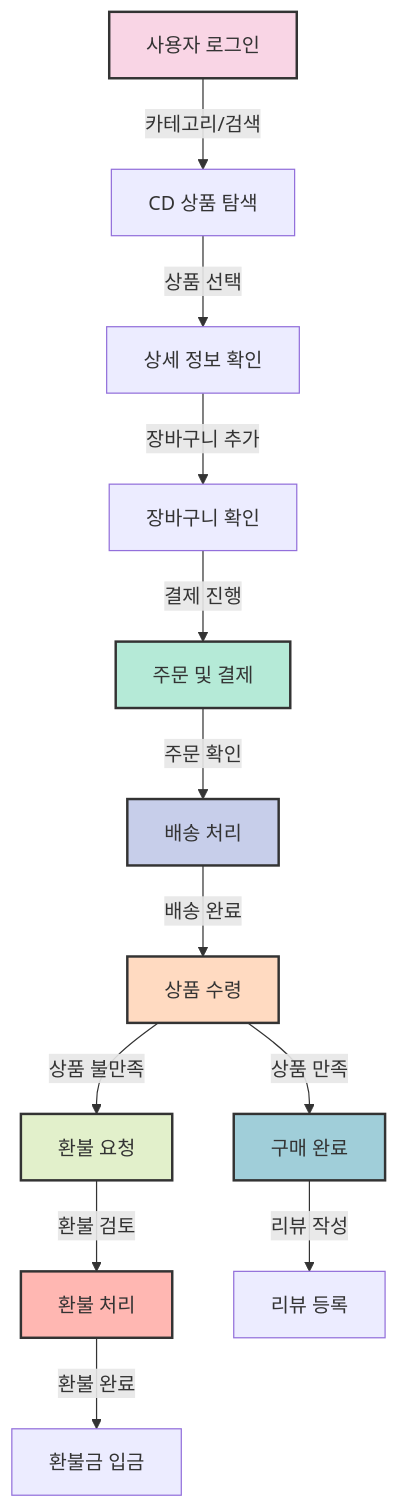
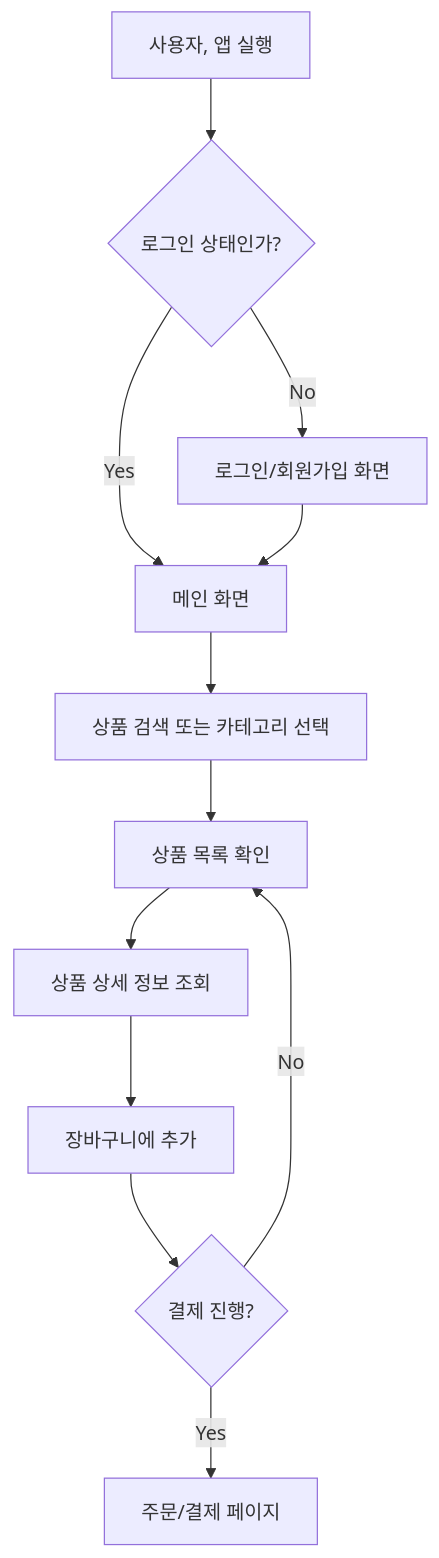
Before and after one commit to hanaoverride/data-scientist-cookbook-for-korean: the second of 2 diagrams in Chapter I. 기반지식 학습/1. 기초 CS 이론/1. IT 리터러시/6. 현업에서의 용어 노하우.md, drawn with Mermaid. The commit also changed other lines of this file and 132 other files, not shown here.

````diff
--- a/Chapter I. 기반지식 학습/1. 기초 CS 이론/1. IT 리터러시/6. 현업에서의 용어 노하우.md
+++ b/Chapter I. 기반지식 학습/1. 기초 CS 이론/1. IT 리터러시/6. 현업에서의 용어 노하우.md
@@ -93,24 +55,14 @@
 ```mermaid
 flowchart TD
-    A[사용자 로그인] -->|카테고리/검색| B[CD 상품 탐색]
-    B -->|상품 선택| C[상세 정보 확인]
-    C -->|장바구니 추가| D[장바구니 확인]
-    D -->|결제 진행| E[주문 및 결제]
-    E -->|주문 확인| F[배송 처리]
-    F -->|배송 완료| G[상품 수령]
-    
-    G -->|상품 불만족| H[환불 요청]
-    H -->|환불 검토| I[환불 처리]
-    I -->|환불 완료| J[환불금 입금]
-    
-    G -->|상품 만족| K[구매 완료]
-    K -->|리뷰 작성| L[리뷰 등록]
-    
-    style A fill:#f9d5e5,stroke:#333,stroke-width:2px
-    style E fill:#b5ead7,stroke:#333,stroke-width:2px
-    style F fill:#c7ceea,stroke:#333,stroke-width:2px
-    style G fill:#ffdac1,stroke:#333,stroke-width:2px
-    style H fill:#e2f0cb,stroke:#333,stroke-width:2px
-    style I fill:#ffb7b2,stroke:#333,stroke-width:2px
-    style K fill:#a0ced9,stroke:#333,stroke-width:2px
+    A[사용자, 앱 실행] --> B{로그인 상태인가?}
+    B -->|Yes| D[메인 화면]
+    B -->|No| C[로그인/회원가입 화면]
+    C --> D
+    D --> E[상품 검색 또는 카테고리 선택]
+    E --> F[상품 목록 확인]
+    F --> G[상품 상세 정보 조회]
+    G --> H[장바구니에 추가]
+    H --> I{결제 진행?}
+    I -->|Yes| J[주문/결제 페이지]
+    I -->|No| F
 ```
````
